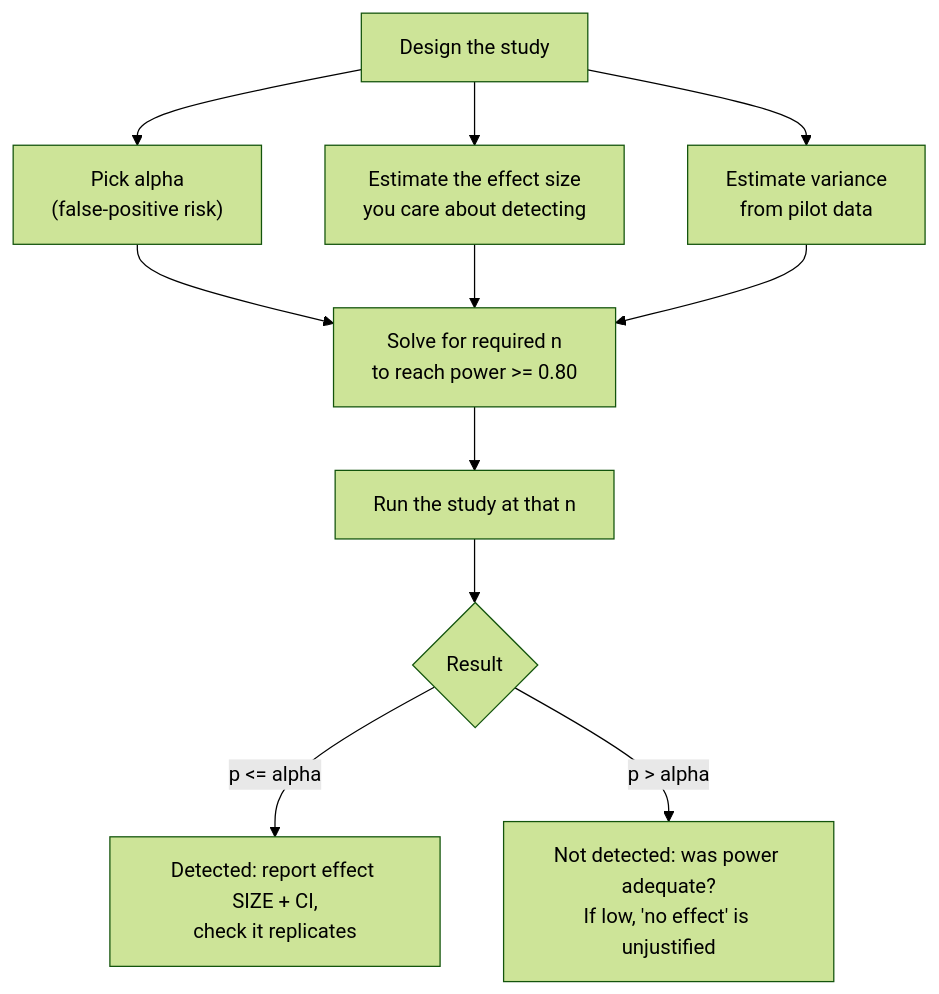
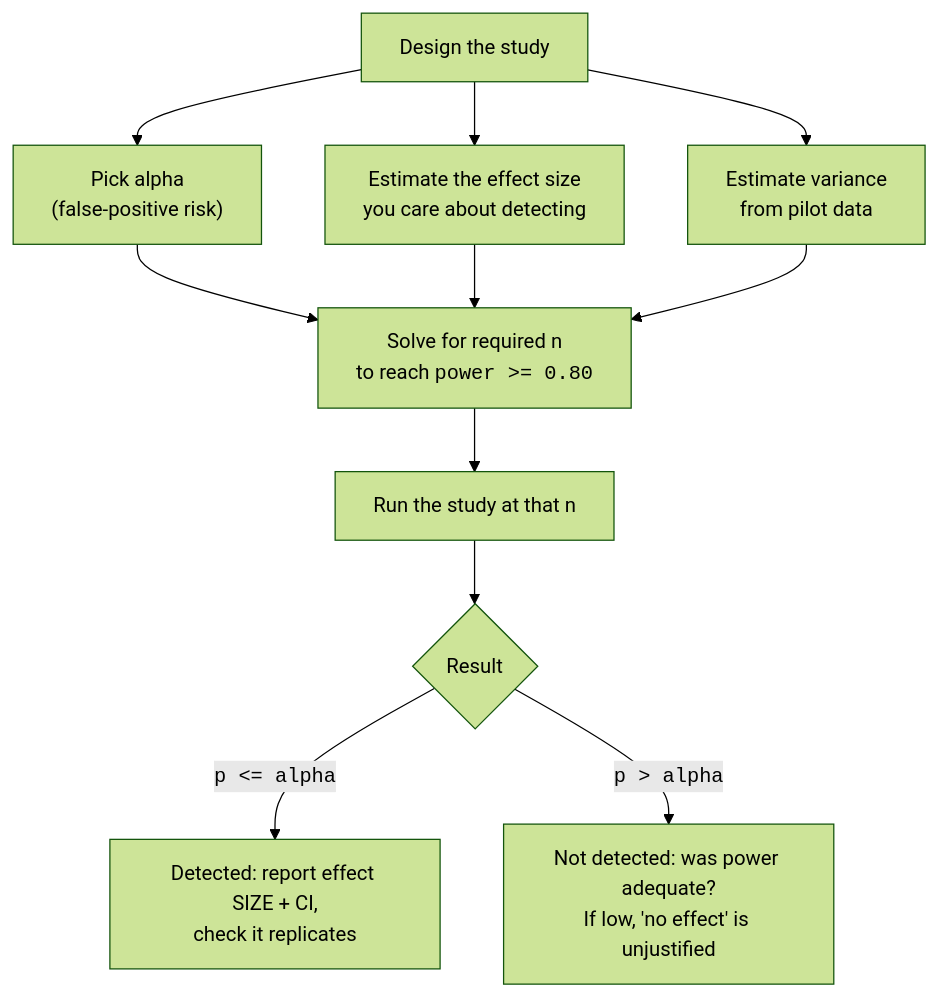
The third of 3 diagrams in content/learn/statistics-for-data-science-python/errors-and-power.mdx (dataslope/dataslope), drawn with Mermaid (forest theme) before and after one commit. The commit also changed 100 other files, not shown here.

First line of the commit message:
Wrap mermaid expressions, SQL, edge labels & entity names in monospace `<code>` (#473)

````diff
--- a/content/learn/statistics-for-data-science-python/errors-and-power.mdx
+++ b/content/learn/statistics-for-data-science-python/errors-and-power.mdx
@@ -517,13 +517,13 @@
 ```mermaid
 flowchart TD
   A["Design the study"] --> B["Pick alpha<br/>(false-positive risk)"]
   A --> C["Estimate the effect size<br/>you care about detecting"]
   A --> D["Estimate variance<br/>from pilot data"]
-  B --> E["Solve for required n<br/>to reach power >= 0.80"]
+  B --> E["Solve for required n<br/>to reach <code>power &gt;= 0.80</code>"]
   C --> E
   D --> E
   E --> F["Run the study at that n"]
   F --> G{"Result"}
-  G -->|"p <= alpha"| H["Detected: report effect SIZE + CI,<br/>check it replicates"]
-  G -->|"p > alpha"| I["Not detected: was power adequate?<br/>If low, 'no effect' is unjustified"]
+  G -->|"<code>p &lt;= alpha</code>"| H["Detected: report effect SIZE + CI,<br/>check it replicates"]
+  G -->|"<code>p &gt; alpha</code>"| I["Not detected: was power adequate?<br/>If low, 'no effect' is unjustified"]
 ```
````
